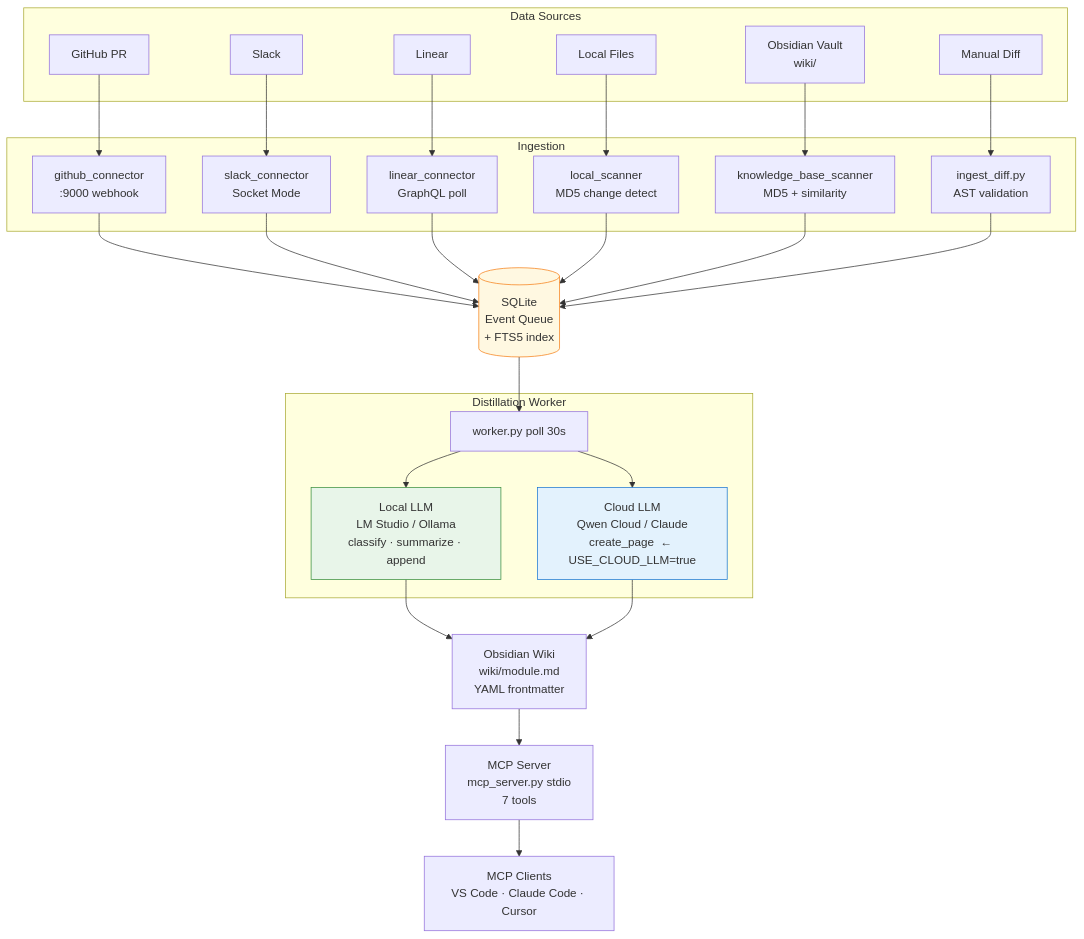
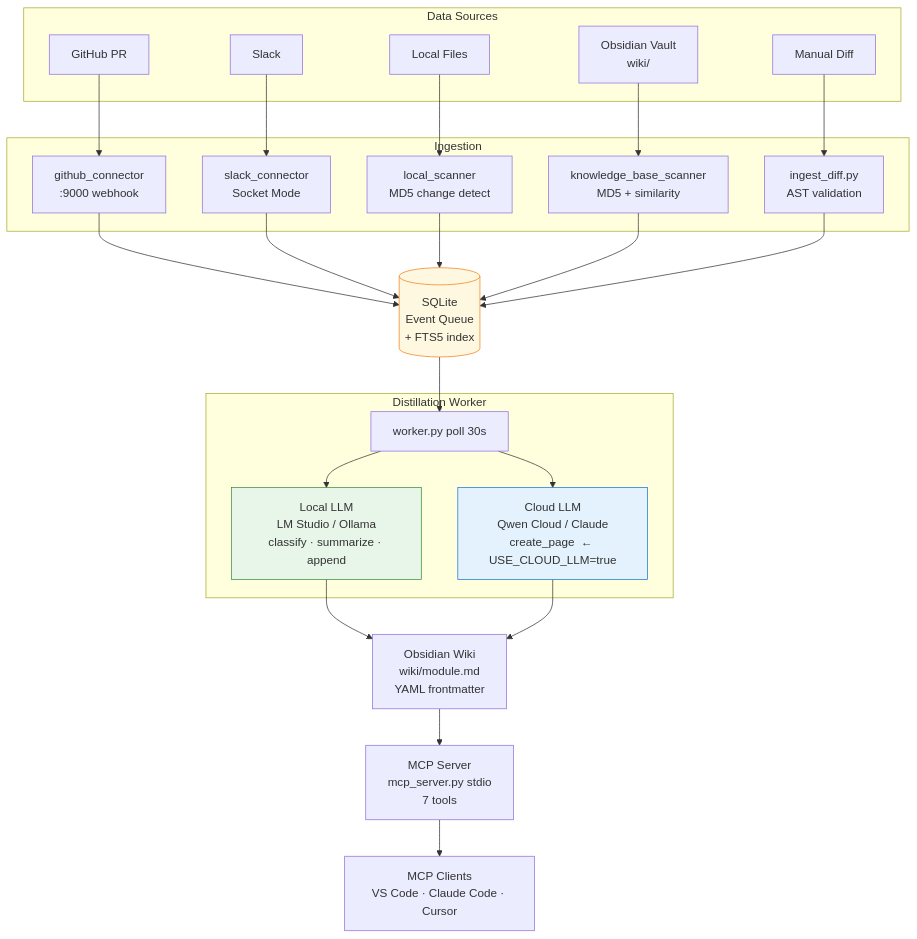
Before and after one commit to thomaschen-tw/shadow-wiki: the diagram in README.md, drawn with Mermaid. The commit also changed other lines of this file and 9 other files, not shown here.

````diff
--- a/README.md
+++ b/README.md
@@ -24,43 +24,41 @@
 ```mermaid
 flowchart TD
     subgraph sources["Data Sources"]
         GH["GitHub PR"] 
         SL["Slack"]
-        LI["Linear"]
         FS["Local Files"]
         KB["Obsidian Vault\nwiki/"]
         CLI["Manual Diff"]
     end
 
     subgraph ingest["Ingestion"]
         GH_C["github_connector\n:9000 webhook"]
         SL_C["slack_connector\nSocket Mode"]
-        LI_C["linear_connector\nGraphQL poll"]
         LS_C["local_scanner\nMD5 change detect"]
         KB_C["knowledge_base_scanner\nMD5 + similarity"]
         ID["ingest_diff.py\nAST validation"]
     end
 
     DB[("SQLite\nEvent Queue\n+ FTS5 index")]
 
     subgraph worker["Distillation Worker"]
         W["worker.py  poll 30s"]
         LOCAL["Local LLM\nLM Studio / Ollama\nclassify · summarize · append"]
         CLOUD["Cloud LLM\nQwen Cloud / Claude\ncreate_page  ← USE_CLOUD_LLM=true"]
     end
 
     WIKI["Obsidian Wiki\nwiki/module.md\nYAML frontmatter"]
     MCP["MCP Server\nmcp_server.py stdio\n7 tools"]
     IDE["MCP Clients\nVS Code · Claude Code · Cursor"]
 
-    GH-->GH_C; SL-->SL_C; LI-->LI_C; FS-->LS_C; KB-->KB_C; CLI-->ID
-    GH_C & SL_C & LI_C & LS_C & KB_C & ID --> DB
+    GH-->GH_C; SL-->SL_C; FS-->LS_C; KB-->KB_C; CLI-->ID
+    GH_C & SL_C & LS_C & KB_C & ID --> DB
     DB --> W
     W --> LOCAL --> WIKI
     W --> CLOUD --> WIKI
     WIKI --> MCP --> IDE
 
     style LOCAL fill:#e8f5e9,stroke:#388e3c
     style CLOUD fill:#e3f2fd,stroke:#1976d2
     style DB fill:#fff8e1,stroke:#f57f17
 ```
````
